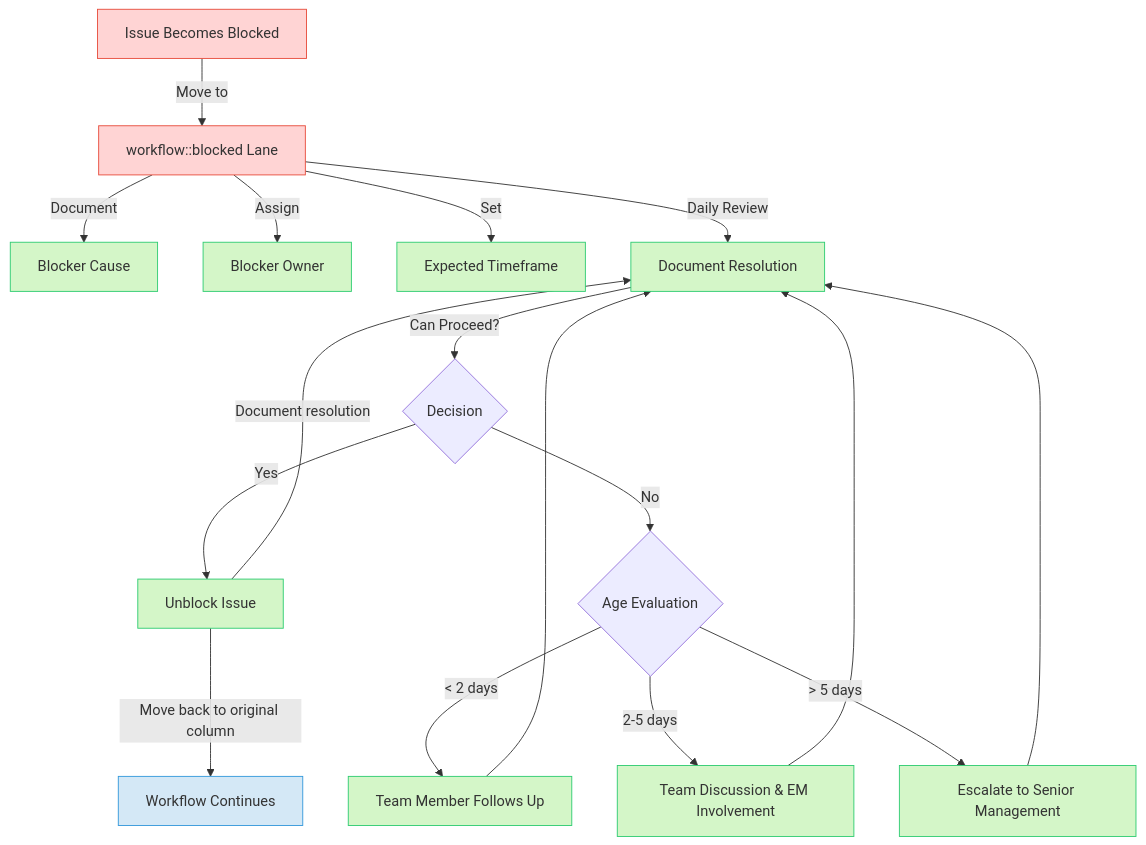
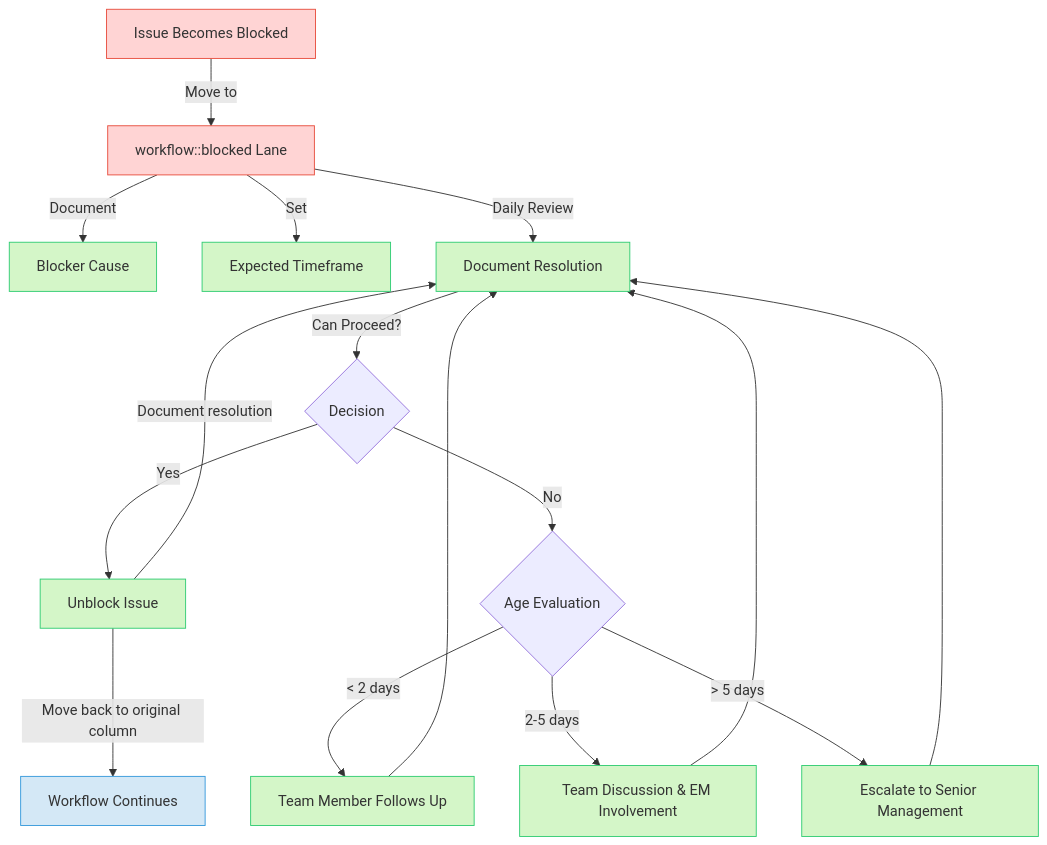
The third of 3 diagrams in content/handbook/engineering/infrastructure-platforms/gitlab-delivery/self-managed/workflow.md (zalyoung/gitlab-handbook), drawn with Mermaid before and after one commit.

Commit message:
remove block owner

````diff
--- a/content/handbook/engineering/infrastructure-platforms/gitlab-delivery/self-managed/workflow.md
+++ b/content/handbook/engineering/infrastructure-platforms/gitlab-delivery/self-managed/workflow.md
@@ -411,28 +411,27 @@
 ```mermaid
 flowchart TB
     classDef normal fill:#d4e8f6,stroke:#3498db
     classDef action fill:#d4f6c8,stroke:#2ecc71
     classDef blocked fill:#ffd4d4,stroke:#e74c3c
 
     IB[Issue Becomes Blocked]:::blocked --> |Move to| BL[workflow::blocked Lane]:::blocked
     BL --> |Document| BC[Blocker Cause]:::action
-    BL --> |Assign| BO[Blocker Owner]:::action
     BL --> |Set| ET[Expected Timeframe]:::action
     
     BL --> |Daily Review| DR[Daily Blocked Issue Review]:::normal
     DR --> |Can Proceed?| D{Decision}
     
     D -->|Yes| UI[Unblock Issue]:::action
     D -->|No| AE{Age Evaluation}
     
     AE -->|< 2 days| FU[Team Member Follows Up]:::action
     AE -->|2-5 days| TE[Team Discussion & EM Involvement]:::action
     AE -->|> 5 days| ES[Escalate to Senior Management]:::action
     
     FU --> DR
     TE --> DR
     ES --> DR
     
     UI --> |Move back to original column| WF[Workflow Continues]:::normal
     UI --> |Document resolution| DR[Document Resolution]:::action
 ```
````
